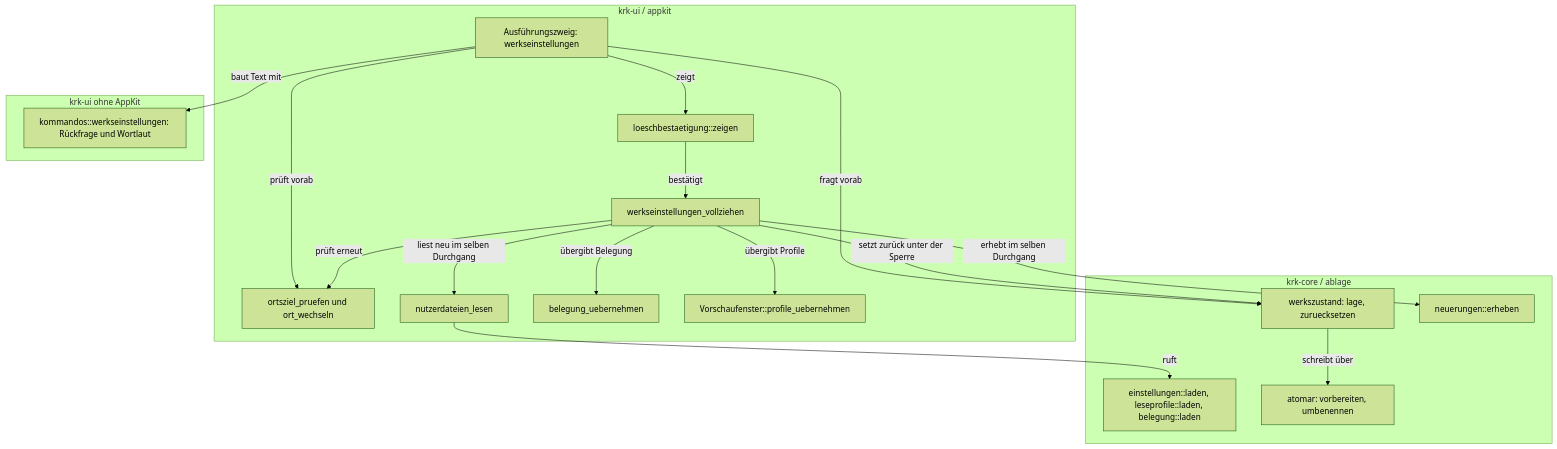
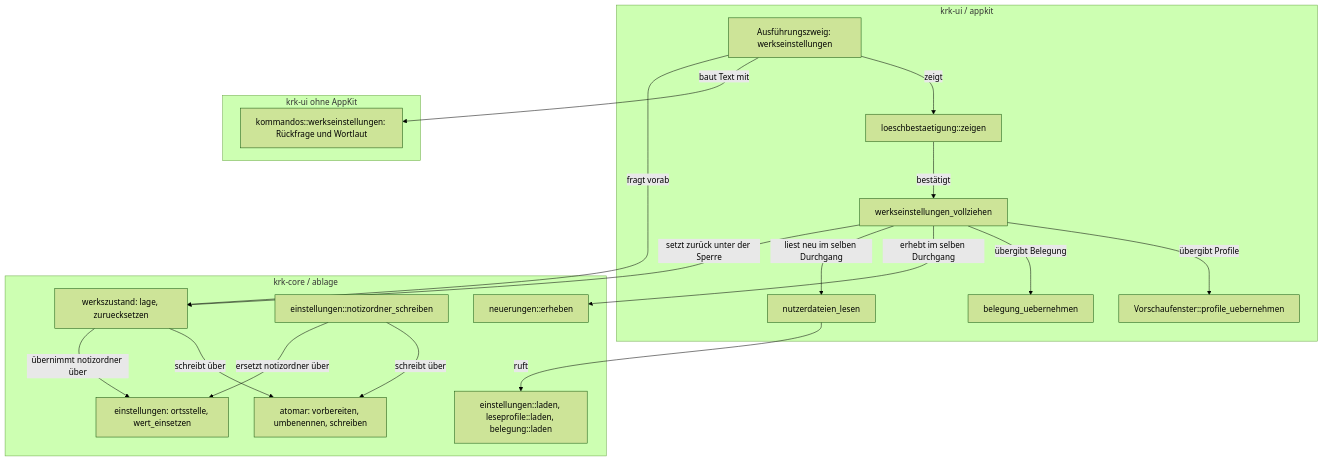
One commit to tenzoki/krk changed the first of 3 diagrams in fusion-workbench/work-packages/260929-1015-werkseinstellungen-zuruecksetzen-und-neu-einlesen/plans/260929-1025_p_plan-werkseinstellungen-zuruecksetzen-und-neu-einlesen.md. Above: the diagram before and after it, drawn with Mermaid (forest theme). The commit also changed other lines of this file and 2 other files, not shown here.

First line of the commit message:
docs(werkbank): der Notizordner bleibt beim Zuruecksetzen stehen

````diff
--- a/fusion-workbench/work-packages/260929-1015-werkseinstellungen-zuruecksetzen-und-neu-einlesen/plans/260929-1025_p_plan-werkseinstellungen-zuruecksetzen-und-neu-einlesen.md
+++ b/fusion-workbench/work-packages/260929-1015-werkseinstellungen-zuruecksetzen-und-neu-einlesen/plans/260929-1025_p_plan-werkseinstellungen-zuruecksetzen-und-neu-einlesen.md
@@ -40,34 +43,36 @@
 ```mermaid
 flowchart TD
     subgraph UI["krk-ui / appkit"]
         ZWEIG["Ausführungszweig: werkseinstellungen"]
         VOLLZUG["werkseinstellungen_vollziehen"]
         RUECK["loeschbestaetigung::zeigen"]
-        ORT["ortsziel_pruefen und ort_wechseln"]
         LESEN["nutzerdateien_lesen"]
         BELEG["belegung_uebernehmen"]
         VORSCHAU["Vorschaufenster::profile_uebernehmen"]
     end
     subgraph Regel["krk-ui ohne AppKit"]
         TEXT["kommandos::werkseinstellungen: Rückfrage und Wortlaut"]
     end
     subgraph Kern["krk-core / ablage"]
         WERK["werkszustand: lage, zuruecksetzen"]
+        ORTWERT["einstellungen: ortsstelle, wert_einsetzen"]
+        SCHREIBEN["einstellungen::notizordner_schreiben"]
         LADER["einstellungen::laden, leseprofile::laden, belegung::laden"]
         NEU["neuerungen::erheben"]
-        ATOMAR["atomar: vorbereiten, umbenennen"]
+        ATOMAR["atomar: vorbereiten, umbenennen, schreiben"]
     end
     ZWEIG -->|fragt vorab| WERK
-    ZWEIG -->|prüft vorab| ORT
     ZWEIG -->|baut Text mit| TEXT
     ZWEIG -->|zeigt| RUECK
     RUECK -->|bestätigt| VOLLZUG
-    VOLLZUG -->|prüft erneut| ORT
     VOLLZUG -->|setzt zurück unter der Sperre| WERK
+    WERK -->|übernimmt notizordner über| ORTWERT
+    SCHREIBEN -->|ersetzt notizordner über| ORTWERT
+    SCHREIBEN -->|schreibt über| ATOMAR
     VOLLZUG -->|liest neu im selben Durchgang| LESEN
     VOLLZUG -->|erhebt im selben Durchgang| NEU
     VOLLZUG -->|übergibt Belegung| BELEG
     VOLLZUG -->|übergibt Profile| VORSCHAU
     LESEN -->|ruft| LADER
     WERK -->|schreibt über| ATOMAR
 ```
````
